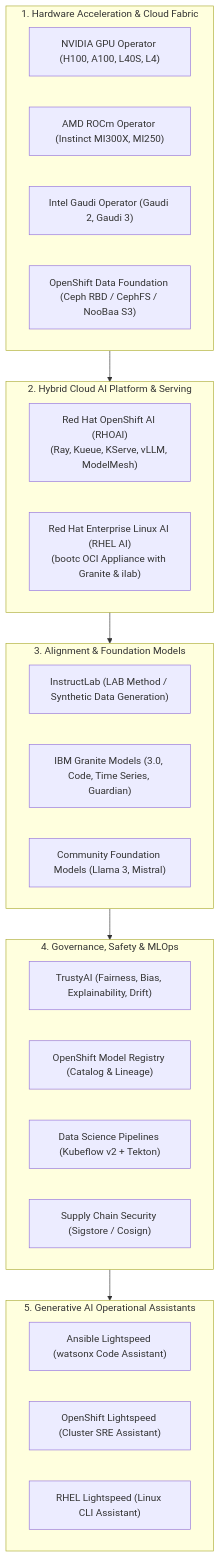
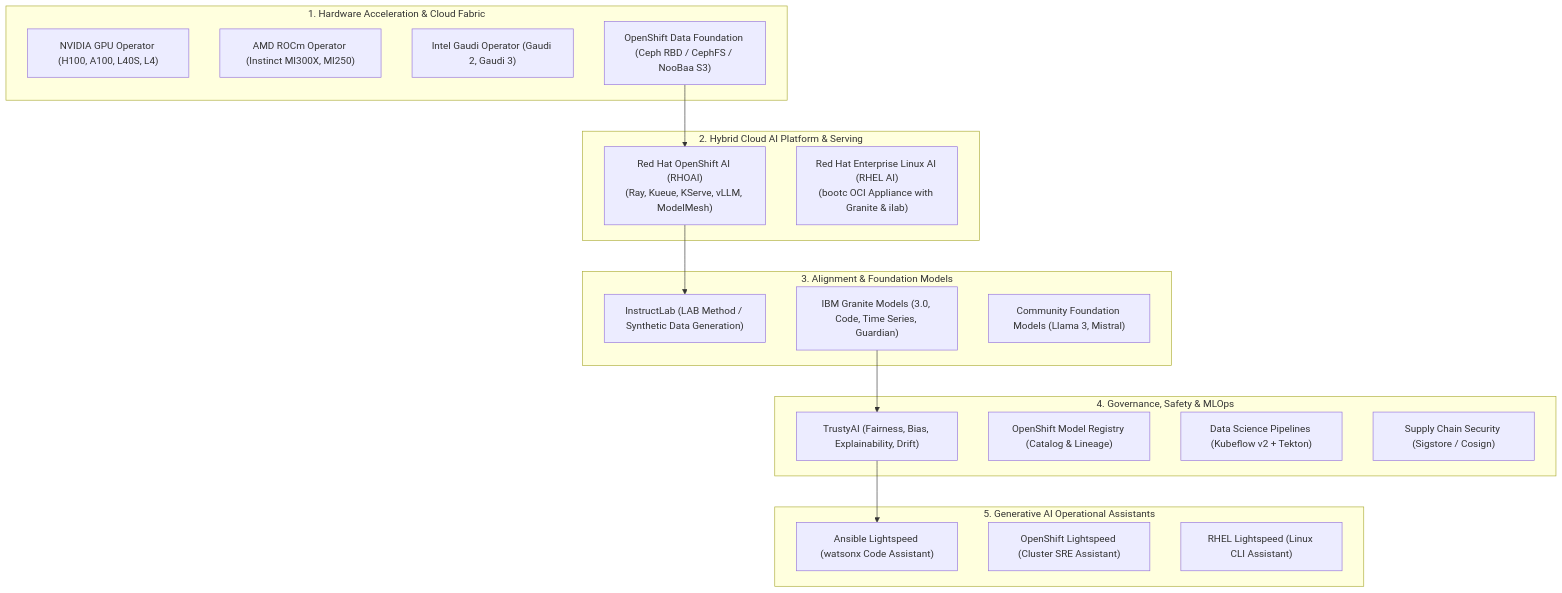
Before and after one commit to therealkevops/CAGY-v2.0.0: the diagram in projects/rh-ai/README.md, drawn with Mermaid. The commit also changed other lines of this file and 79 other files, not shown here.

Commit message:
fix(webui): harden mermaid error handling, fix workspace.js syntax, and correct diagram labels

````diff
--- a/projects/rh-ai/README.md
+++ b/projects/rh-ai/README.md
@@ -15,38 +15,38 @@
 ```mermaid
 flowchart TD
     subgraph Layer5["5. Generative AI Operational Assistants"]
         AL["Ansible Lightspeed (watsonx Code Assistant)"]
         OSL["OpenShift Lightspeed (Cluster SRE Assistant)"]
         RHL["RHEL Lightspeed (Linux CLI Assistant)"]
     end
 
     subgraph Layer4["4. Governance, Safety & MLOps"]
         TY["TrustyAI (Fairness, Bias, Explainability, Drift)"]
         MR["OpenShift Model Registry (Catalog & Lineage)"]
         DSP["Data Science Pipelines (Kubeflow v2 + Tekton)"]
         SEC["Supply Chain Security (Sigstore / Cosign)"]
     end
 
     subgraph Layer3["3. Alignment & Foundation Models"]
         IL["InstructLab (LAB Method / Synthetic Data Generation)"]
         GM["IBM Granite Models (3.0, Code, Time Series, Guardian)"]
         OFM["Community Foundation Models (Llama 3, Mistral)"]
     end
 
     subgraph Layer2["2. Hybrid Cloud AI Platform & Serving"]
         RHOAI["Red Hat OpenShift AI (RHOAI)\n(Ray, Kueue, KServe, vLLM, ModelMesh)"]
         RHELAI["Red Hat Enterprise Linux AI (RHEL AI)\n(bootc OCI Appliance with Granite & ilab)"]
     end
 
     subgraph Layer1["1. Hardware Acceleration & Cloud Fabric"]
         NV["NVIDIA GPU Operator (H100, A100, L40S, L4)"]
         AMD["AMD ROCm Operator (Instinct MI300X, MI250)"]
         INT["Intel Gaudi Operator (Gaudi 2, Gaudi 3)"]
         ODF["OpenShift Data Foundation (Ceph RBD / CephFS / NooBaa S3)"]
     end
 
-    Layer1 --> Layer2
-    Layer2 --> Layer3
-    Layer3 --> Layer4
-    Layer4 --> Layer5
+    ODF --> RHOAI
+    RHOAI --> IL
+    GM --> TY
+    TY --> AL
 ```
````
